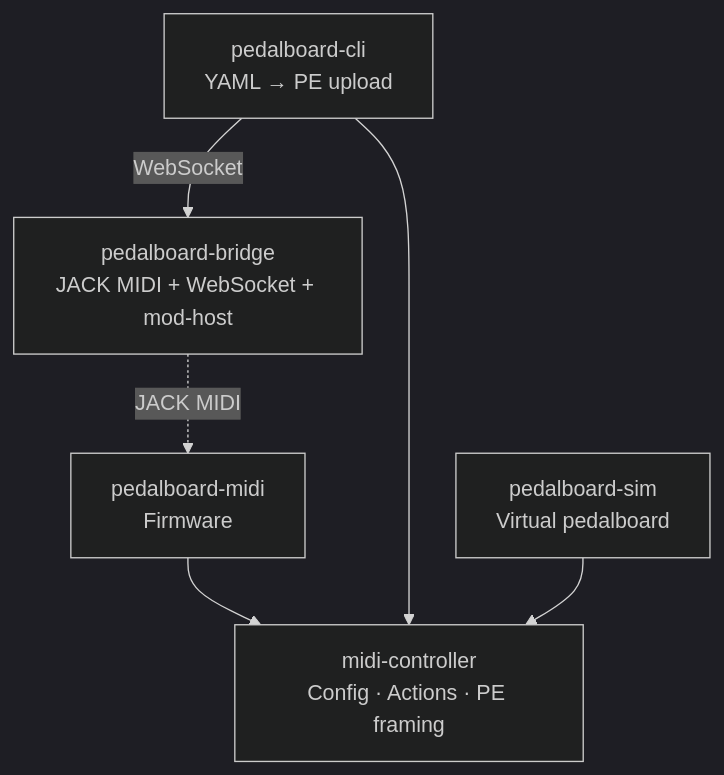
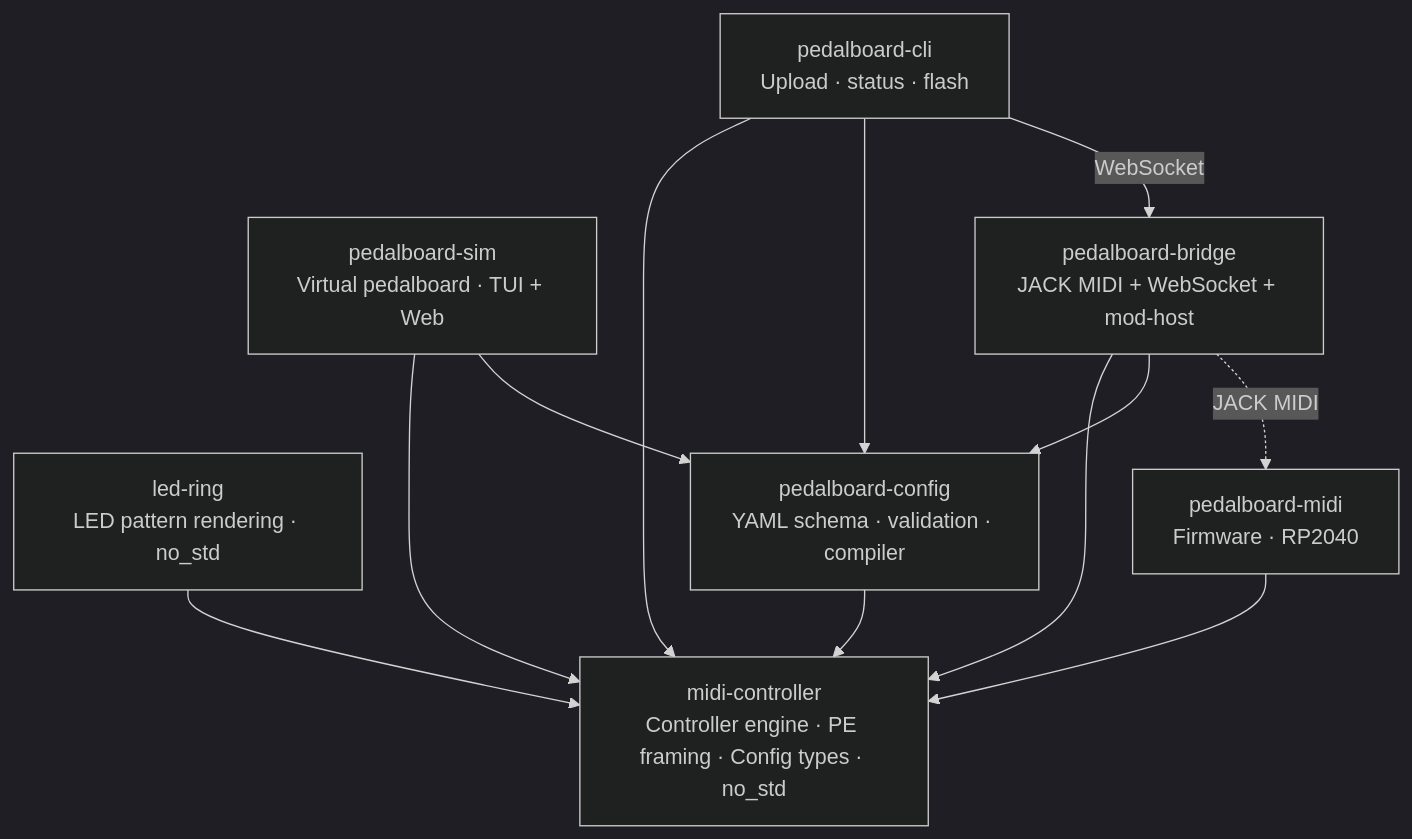
One commit to pedalboard/.github changed the fourth of 4 diagrams in docs/software-architecture.md. Above: the diagram before and after it, drawn with Mermaid (dark theme). The commit also changed other lines of this file and 1 other file, not shown here.

Commit message:
docs: add shared libraries to architecture diagram and project page
- Module Dependency graph now shows led-ring, midi-controller, and
  pedalboard-config with their relationships to all frontends
- Added Shared Libraries table with purpose and constraints
- Added ADR-006 design principle summary
- Profile README now lists pedalboard-config and led-ring

````diff
--- a/docs/software-architecture.md
+++ b/docs/software-architecture.md
@@ -125,15 +125,24 @@
 ```mermaid
 graph TD
-    PROTOCOL[midi-controller<br/>Config · Actions · PE framing]
-    
-    MIDI_FW[pedalboard-midi<br/>Firmware]
-    CLI_APP[pedalboard-cli<br/>YAML → PE upload]
-    SIM_APP[pedalboard-sim<br/>Virtual pedalboard]
+    LED_RING[led-ring<br/>LED pattern rendering · no_std]
+    PROTOCOL[midi-controller<br/>Controller engine · PE framing · Config types · no_std]
+    CONFIG[pedalboard-config<br/>YAML schema · validation · compiler]
+
+    LED_RING --> PROTOCOL
+
+    MIDI_FW[pedalboard-midi<br/>Firmware · RP2040]
+    CLI_APP[pedalboard-cli<br/>Upload · status · flash]
+    SIM_APP[pedalboard-sim<br/>Virtual pedalboard · TUI + Web]
     BRIDGE_APP[pedalboard-bridge<br/>JACK MIDI + WebSocket + mod-host]
 
     MIDI_FW --> PROTOCOL
     CLI_APP --> PROTOCOL
+    CLI_APP --> CONFIG
     SIM_APP --> PROTOCOL
+    SIM_APP --> CONFIG
+    BRIDGE_APP --> PROTOCOL
+    BRIDGE_APP --> CONFIG
+    CONFIG --> PROTOCOL
     BRIDGE_APP -.->|JACK MIDI| MIDI_FW
     CLI_APP -->|WebSocket| BRIDGE_APP
 ```
````
